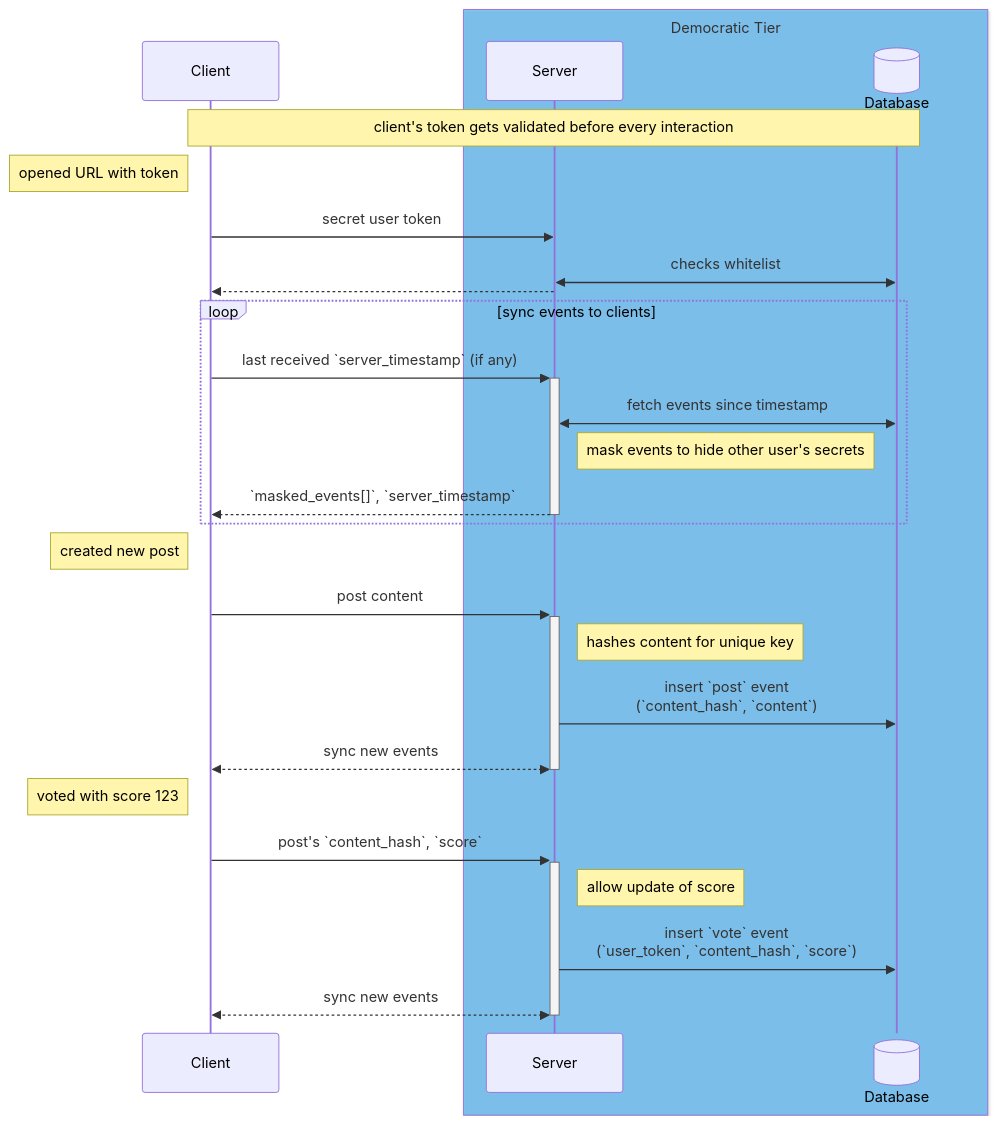
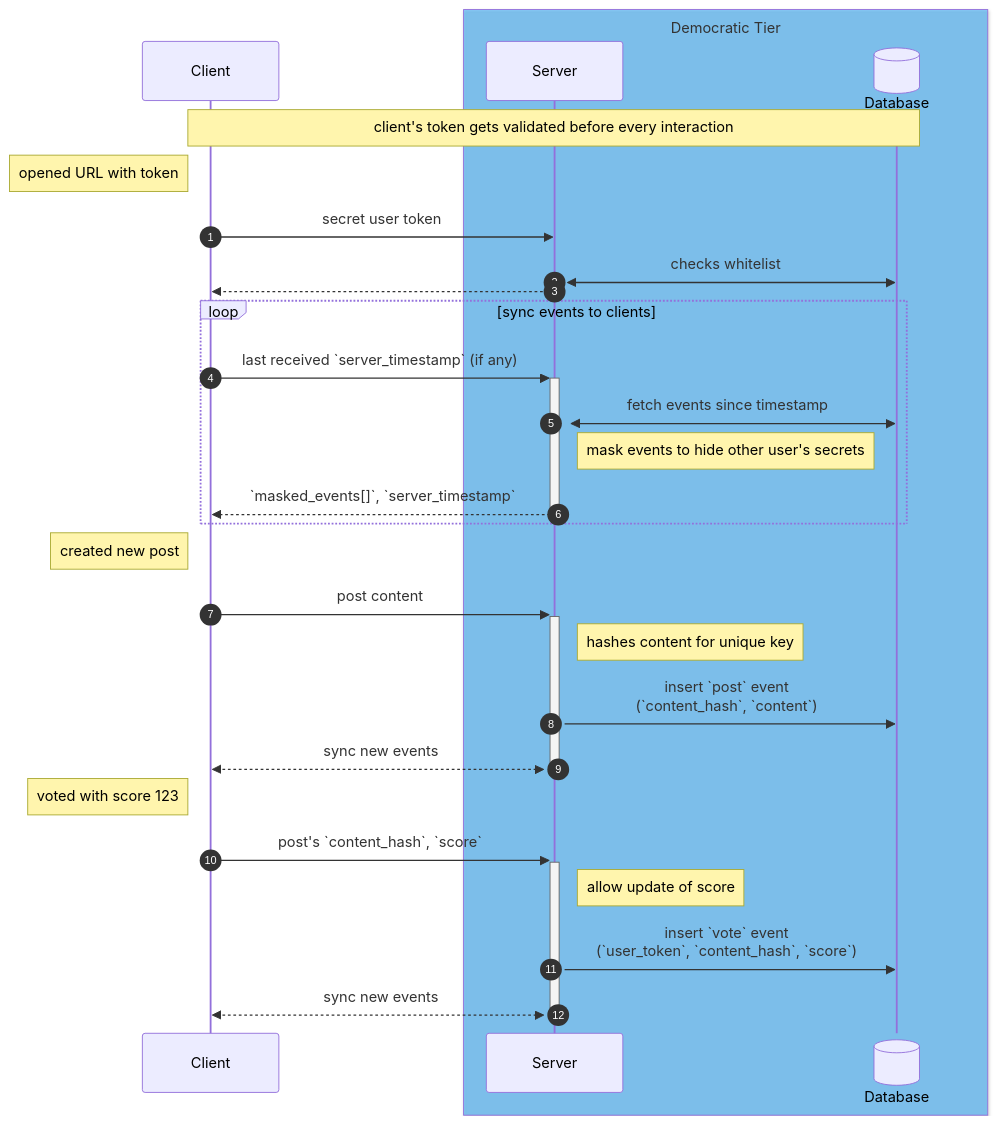
One commit to krinistof/dt changed the first of 2 diagrams in docs/architecture.md. Above: the diagram before and after it, drawn with Mermaid. The commit also changed other lines of this file, not shown here.

Commit message:
docs(architecture): autonumber sequence diagram

````diff
--- a/docs/architecture.md
+++ b/docs/architecture.md
@@ -3,39 +3,40 @@
 ```mermaid
 sequenceDiagram
+    autonumber
     participant Client
     box rgba(31, 161, 250, .5) Democratic Tier
         participant Server
         participant Database@{type: "database"}
     end
 
 
     Note over Client,Database: client's token gets validated before every interaction
     Note left of Client: opened URL with token
     Client->>Server: secret user token
     Server<<->>Database: checks whitelist
     Server-->>Client: 
 
     loop sync events to clients
         Client->>+Server: last received `server_timestamp` (if any)
         Server<<->>Database: fetch events since timestamp
         Note right of Server: mask events to hide other user's secrets
         Server-->>-Client: `masked_events[]`, `server_timestamp`
     end
 
 
     Note left of Client: created new post
 
     Client->>+Server: post content
     Note right of Server: hashes content for unique key
     Server->>Database: insert `post` event<br>(`content_hash`, `content`)
     Server<<-->>-Client: sync new events
 
 
     Note left of Client: voted with score 123
     
     Client->>+Server: post's `content_hash`, `score`
     Note right of Server: allow update of score
     Server->>Database: insert `vote` event<br>(`user_token`, `content_hash`, `score`)
     Server<<-->>-Client: sync new events
 
 ```
````
